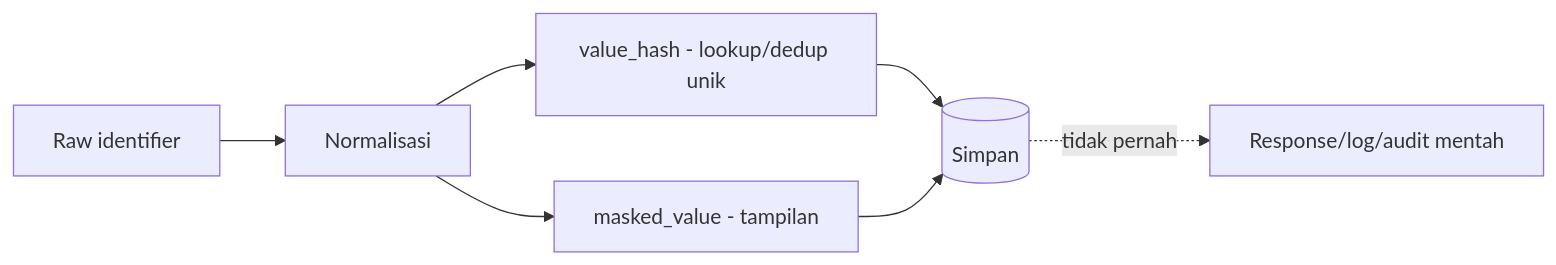
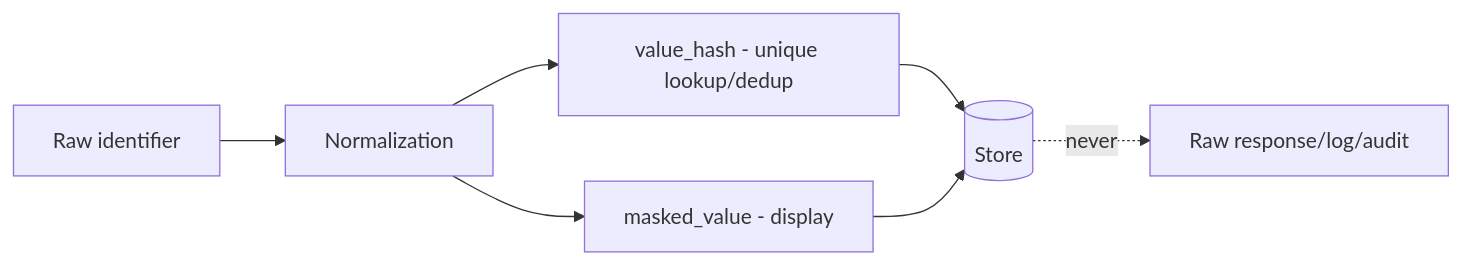
Before and after one commit to ahliweb/awcms: the diagram in .claude/skills/awcms-sensitive-data/SKILL.md, drawn with Mermaid. The commit also changed other lines of this file and 603 other files, not shown here.

````diff
--- a/.claude/skills/awcms-sensitive-data/SKILL.md
+++ b/.claude/skills/awcms-sensitive-data/SKILL.md
@@ -12,7 +14,7 @@
 ```mermaid
 flowchart LR
-  In[Raw identifier] --> Norm[Normalisasi] --> Hash[value_hash - lookup/dedup unik]
-  Norm --> Mask[masked_value - tampilan]
-  Hash & Mask --> DB[(Simpan)]
-  DB -. tidak pernah .-> Raw[Response/log/audit mentah]
+  In[Raw identifier] --> Norm[Normalization] --> Hash[value_hash - unique lookup/dedup]
+  Norm --> Mask[masked_value - display]
+  Hash & Mask --> DB[(Store)]
+  DB -. never .-> Raw[Raw response/log/audit]
 ```
````
